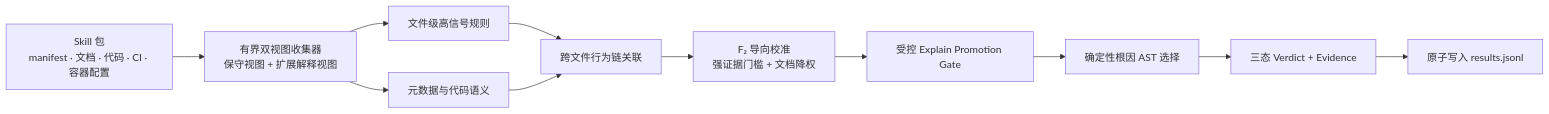
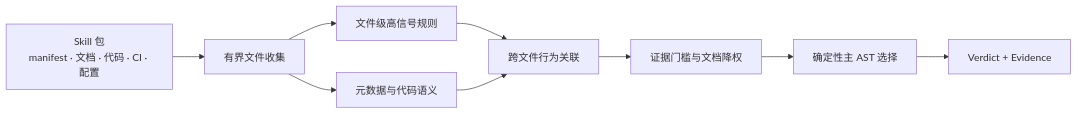
Before and after one commit to daffnjk/agent-skill-security-scanner: the diagram in README.md, drawn with Mermaid. The commit also changed other lines of this file, not shown here.

````diff
--- a/README.md
+++ b/README.md
@@ -95,13 +121,11 @@
 ```mermaid
 flowchart LR
-    A["Skill 包<br/>manifest · 文档 · 代码 · CI · 容器配置"] --> B["有界双视图收集器<br/>保守视图 + 扩展解释视图"]
+    A["Skill 包<br/>manifest · 文档 · 代码 · CI · 配置"] --> B["有界文件收集"]
     B --> C["文件级高信号规则"]
     B --> D["元数据与代码语义"]
-    C --> E["跨文件行为链关联"]
+    C --> E["跨文件行为关联"]
     D --> E
-    E --> F["F₂ 导向校准<br/>强证据门槛 + 文档降权"]
-    F --> G["受控 Explain Promotion Gate"]
-    G --> H["确定性根因 AST 选择"]
-    H --> I["三态 Verdict + Evidence"]
-    I --> J["原子写入 results.jsonl"]
+    E --> F["证据门槛与文档降权"]
+    F --> G["确定性主 AST 选择"]
+    G --> H["Verdict + Evidence"]
 ```
````
